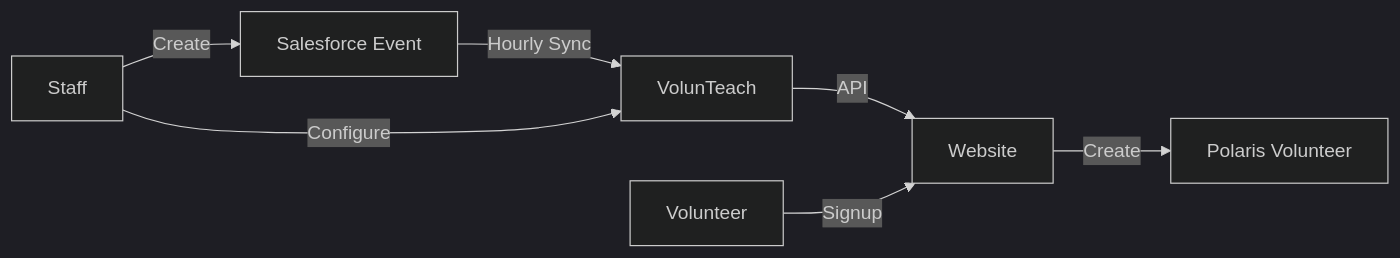
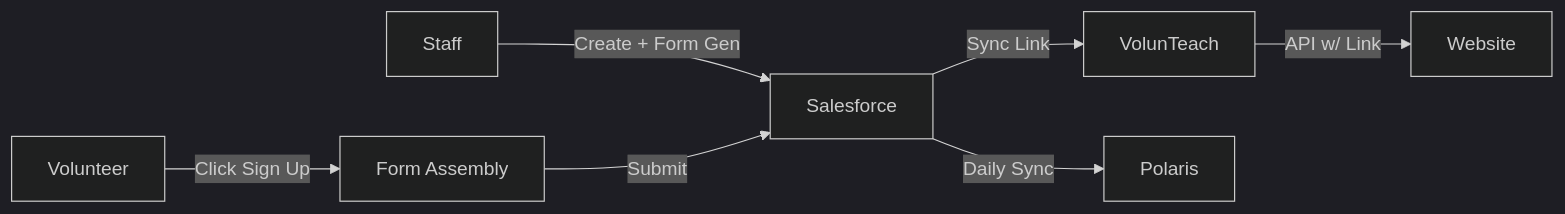
The third of 3 diagrams in documentation/content/architecture.md (admiralorbiter/VMS), drawn with Mermaid (dark theme) before and after one commit. The commit also changed other lines of this file and 5 other files, not shown here.

````diff
--- a/documentation/content/architecture.md
+++ b/documentation/content/architecture.md
@@ -344,9 +346,9 @@
 ```mermaid
 graph LR
-    STAFF[Staff] -->|Create| SF[Salesforce Event]
-    SF -->|Hourly Sync| VT[VolunTeach]
-    STAFF -->|Configure| VT
-    VT -->|API| WEB[Website]
-    VOL[Volunteer] -->|Signup| WEB
-    WEB -->|Create| POL[Polaris Volunteer]
+    STAFF[Staff] -->|Create + Form Gen| SF[Salesforce]
+    SF -->|Sync Link| VT[VolunTeach]
+    VT -->|API w/ Link| WEB[Website]
+    VOL[Volunteer] -->|Click Sign Up| FORM[Form Assembly]
+    FORM -->|Submit| SF
+    SF -->|Daily Sync| POL[Polaris]
 ```
````
